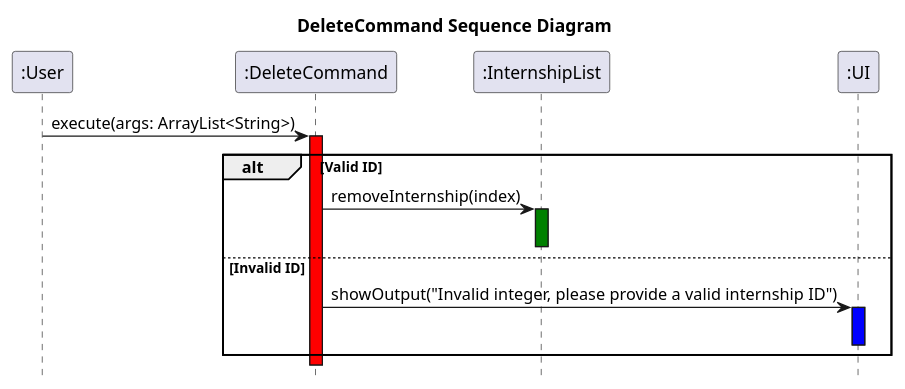
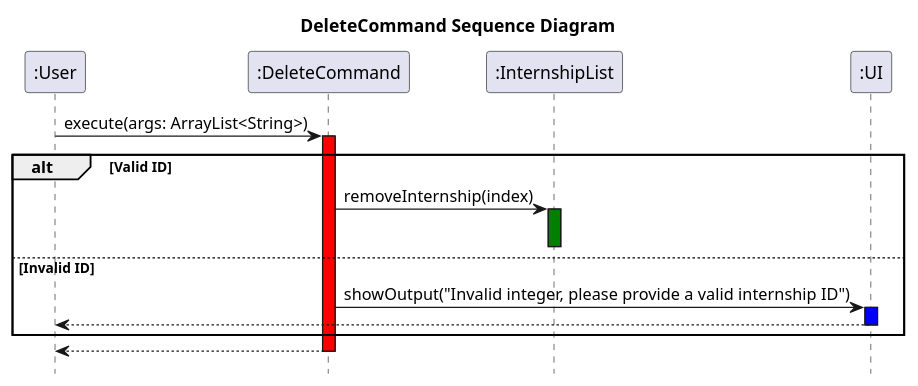
One commit to nus-cs2113-AY2425S1/tp changed the diagram in docs/UML/DeleteCommand.puml. Above: the diagram before and after it, drawn with PlantUML. The commit also changed 6 other files, not shown here.

Commit message:
updated seq diagram return statements

```diff
--- a/docs/UML/DeleteCommand.puml
+++ b/docs/UML/DeleteCommand.puml
@@ -1,17 +1,18 @@
 @startuml
 title DeleteCommand Sequence Diagram
 hide footbox
 
 ":User" -> ":DeleteCommand": execute(args: ArrayList<String>)
 activate ":DeleteCommand" #red
 alt Valid ID
     ":DeleteCommand" -> ":InternshipList": removeInternship(index)
     activate ":InternshipList" #green
     deactivate ":InternshipList" #green
 else Invalid ID
     ":DeleteCommand" -> ":UI": showOutput("Invalid integer, please provide a valid internship ID")
     activate ":UI" #blue
+    ":UI"-->":User"
     deactivate ":UI"
 end
-
+return
 @enduml
```
